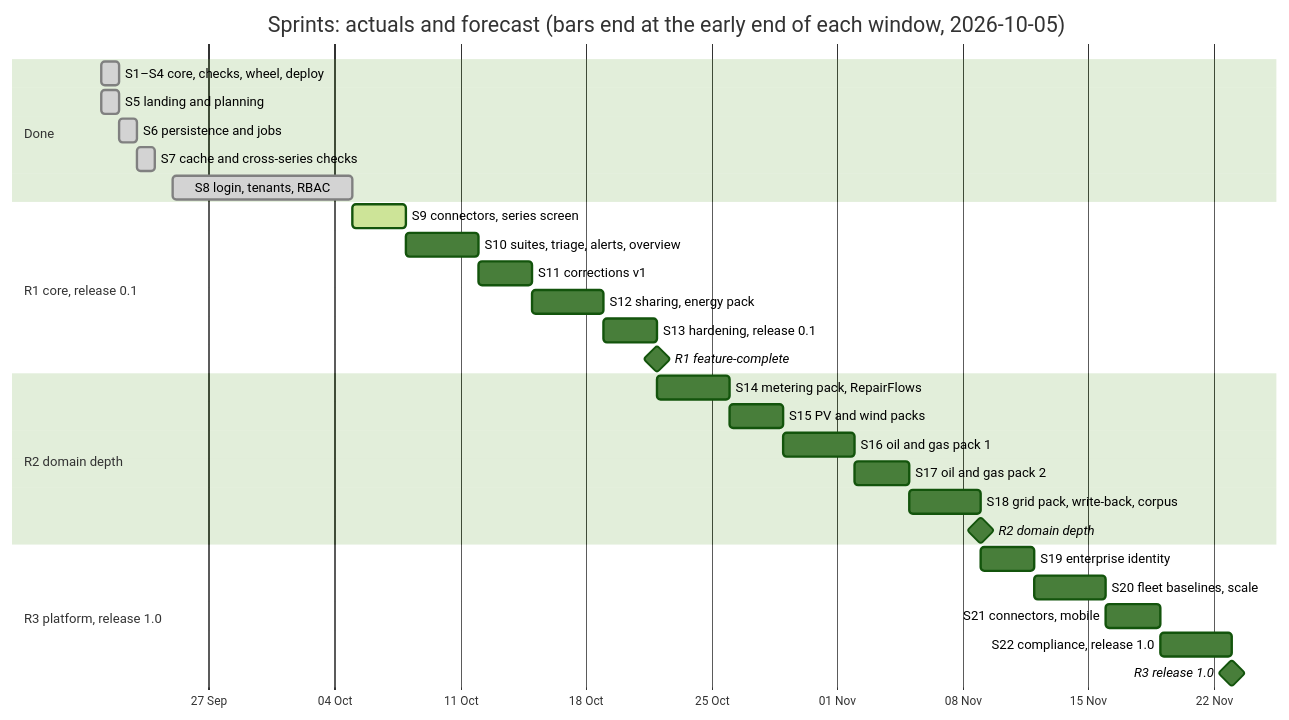
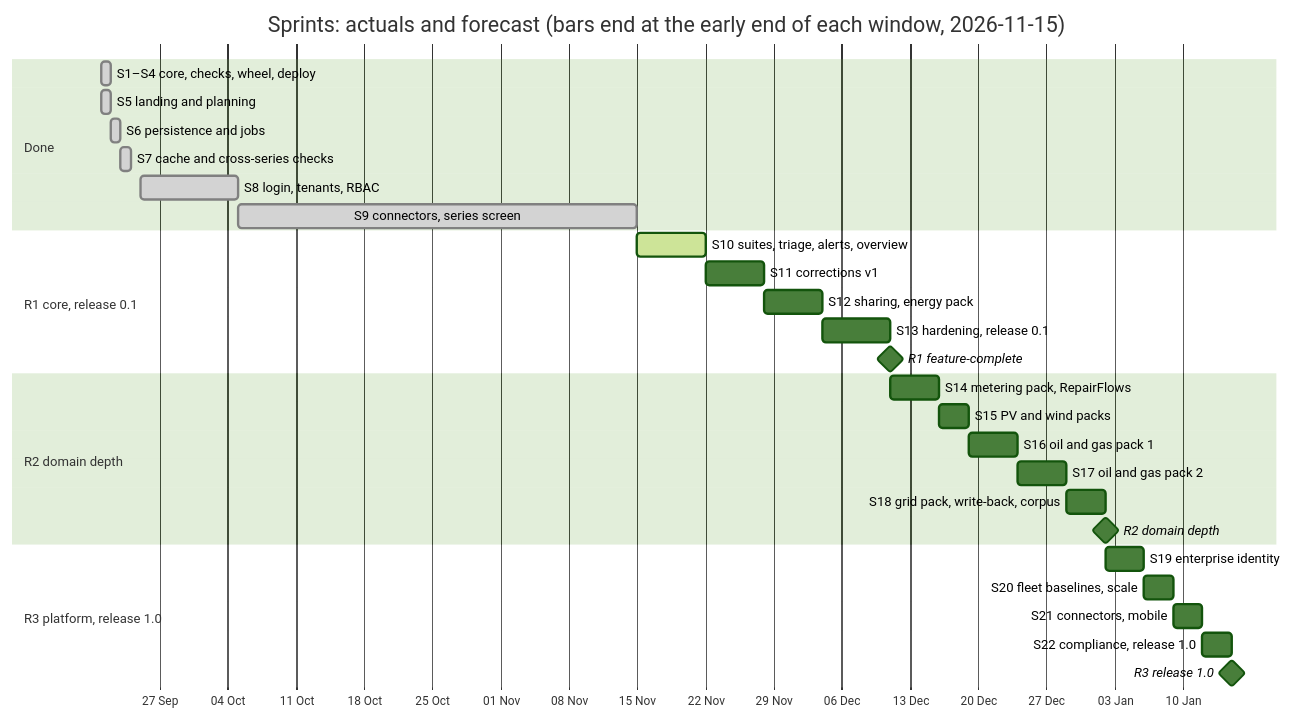
One commit to Sira-Labs/Tabayyun changed the diagram in docs/roadmap/sprints.md. Above: the diagram before and after it, drawn with Mermaid (forest theme). The commit also changed other lines of this file and 4 other files, not shown here.

First line of the commit message:
docs: spec 018 done, changelog 0.3.0, sprint 9 actuals and forecast

````diff
--- a/docs/roadmap/sprints.md
+++ b/docs/roadmap/sprints.md
@@ -55,37 +64,37 @@
 ```mermaid
 gantt
-    title Sprints: actuals and forecast (bars end at the early end of each window, 2026-10-05)
+    title Sprints: actuals and forecast (bars end at the early end of each window, 2026-11-15)
     dateFormat YYYY-MM-DD
     axisFormat %d %b
     todayMarker off
 
     section Done
     S1–S4 core, checks, wheel, deploy        :done, s4, 2026-09-21, 1d
     S5 landing and planning                  :done, s5, 2026-09-21, 2026-09-22
     S6 persistence and jobs                  :done, s6, 2026-09-22, 2026-09-23
     S7 cache and cross-series checks         :done, s7, 2026-09-23, 2026-09-24
     S8 login, tenants, RBAC                  :done, s8, 2026-09-25, 2026-10-05
+    S9 connectors, series screen             :done, s9, 2026-10-05, 2026-11-15
 
     section R1 core, release 0.1
-    S9 connectors, series screen             :active, s9, 2026-10-05, 2026-10-08
-    S10 suites, triage, alerts, overview     :s10, 2026-10-08, 2026-10-12
-    S11 corrections v1                       :s11, 2026-10-12, 2026-10-15
-    S12 sharing, energy pack                 :s12, 2026-10-15, 2026-10-19
-    S13 hardening, release 0.1               :s13, 2026-10-19, 2026-10-22
-    R1 feature-complete                      :milestone, r1, 2026-10-22, 0d
+    S10 suites, triage, alerts, overview     :active, s10, 2026-11-15, 2026-11-22
+    S11 corrections v1                       :s11, 2026-11-22, 2026-11-28
+    S12 sharing, energy pack                 :s12, 2026-11-28, 2026-12-04
+    S13 hardening, release 0.1               :s13, 2026-12-04, 2026-12-11
+    R1 feature-complete                      :milestone, r1, 2026-12-11, 0d
 
     section R2 domain depth
-    S14 metering pack, RepairFlows           :s14, 2026-10-22, 2026-10-26
-    S15 PV and wind packs                    :s15, 2026-10-26, 2026-10-29
-    S16 oil and gas pack 1                   :s16, 2026-10-29, 2026-11-02
-    S17 oil and gas pack 2                   :s17, 2026-11-02, 2026-11-05
-    S18 grid pack, write-back, corpus        :s18, 2026-11-05, 2026-11-09
-    R2 domain depth                          :milestone, r2, 2026-11-09, 0d
+    S14 metering pack, RepairFlows           :s14, 2026-12-11, 2026-12-16
+    S15 PV and wind packs                    :s15, 2026-12-16, 2026-12-19
+    S16 oil and gas pack 1                   :s16, 2026-12-19, 2026-12-24
+    S17 oil and gas pack 2                   :s17, 2026-12-24, 2026-12-29
+    S18 grid pack, write-back, corpus        :s18, 2026-12-29, 2027-01-02
+    R2 domain depth                          :milestone, r2, 2027-01-02, 0d
 
     section R3 platform, release 1.0
-    S19 enterprise identity                  :s19, 2026-11-09, 2026-11-12
-    S20 fleet baselines, scale               :s20, 2026-11-12, 2026-11-16
-    S21 connectors, mobile                   :s21, 2026-11-16, 2026-11-19
-    S22 compliance, release 1.0              :s22, 2026-11-19, 2026-11-23
-    R3 release 1.0                           :milestone, r3, 2026-11-23, 0d
+    S19 enterprise identity                  :s19, 2027-01-02, 2027-01-06
+    S20 fleet baselines, scale               :s20, 2027-01-06, 2027-01-09
+    S21 connectors, mobile                   :s21, 2027-01-09, 2027-01-12
+    S22 compliance, release 1.0              :s22, 2027-01-12, 2027-01-15
+    R3 release 1.0                           :milestone, r3, 2027-01-15, 0d
 ```
````
